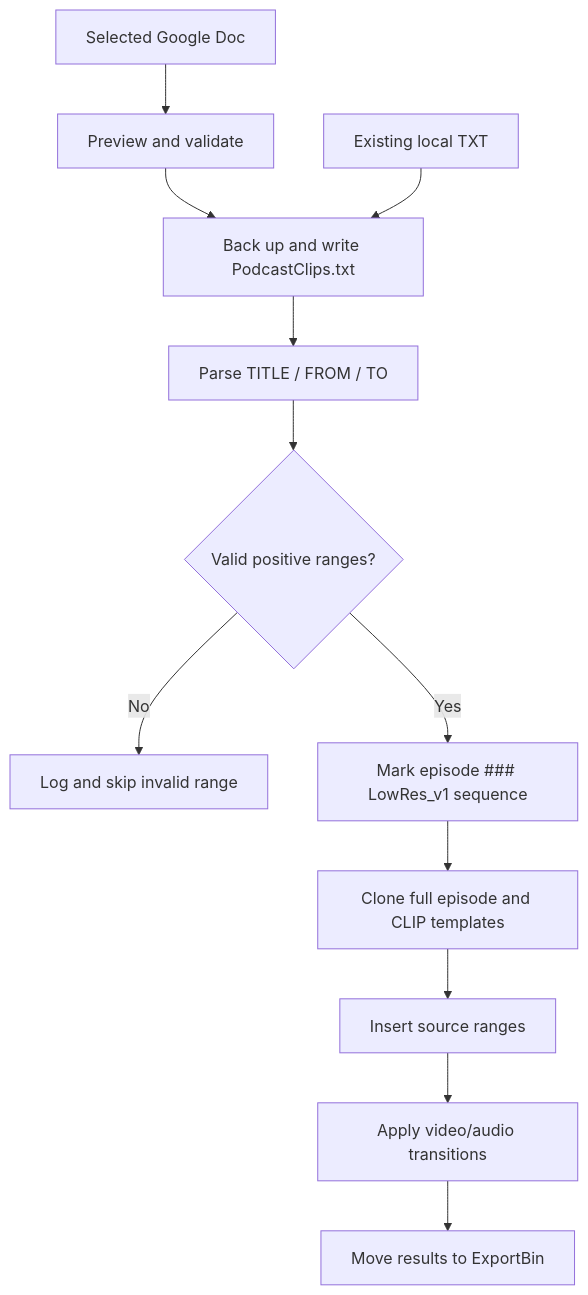
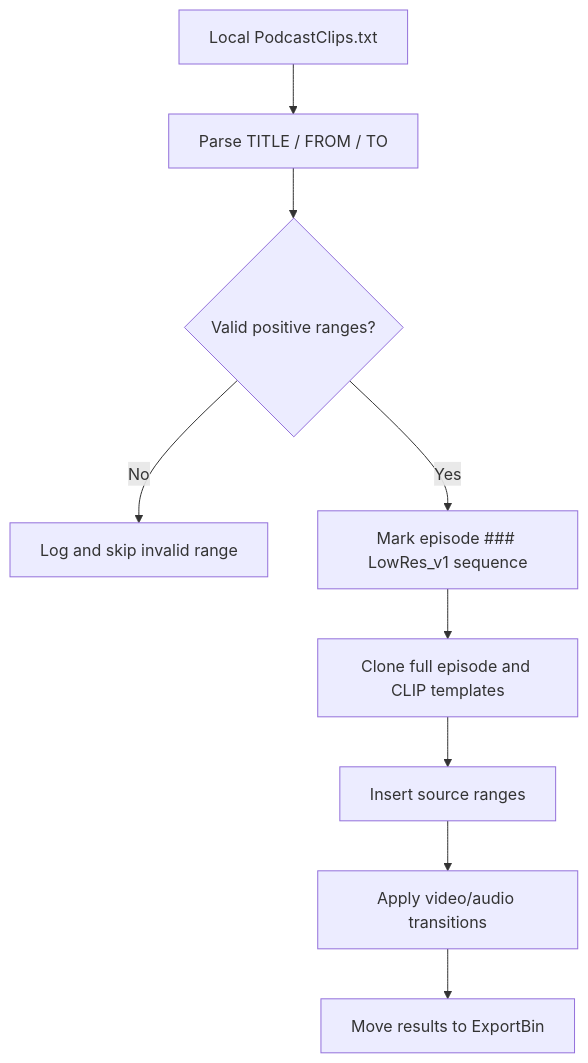
One commit to andersaucy/Unscripted-Podcast changed the first of 3 diagrams in docs/ARCHITECTURE.md. Above: the diagram before and after it, drawn with Mermaid. The commit also changed other lines of this file and 17 other files, not shown here.

````diff
--- a/docs/ARCHITECTURE.md
+++ b/docs/ARCHITECTURE.md
@@ -81,14 +58,11 @@
 ```mermaid
 flowchart TD
-    Google["Selected Google Doc"] --> Preview["Preview and validate"]
-    Preview --> File["Back up and write PodcastClips.txt"]
-    Local["Existing local TXT"] --> File
-    File --> Parse["Parse TITLE / FROM / TO"]
+    File["Local PodcastClips.txt"] --> Parse["Parse TITLE / FROM / TO"]
     Parse --> Validate{"Valid positive ranges?"}
     Validate -- No --> Warn["Log and skip invalid range"]
     Validate -- Yes --> Mark["Mark episode ### LowRes_v1 sequence"]
     Mark --> Clone["Clone full episode and CLIP templates"]
     Clone --> Assemble["Insert source ranges"]
     Assemble --> Transitions["Apply video/audio transitions"]
     Transitions --> ExportBin["Move results to ExportBin"]
 ```
````
